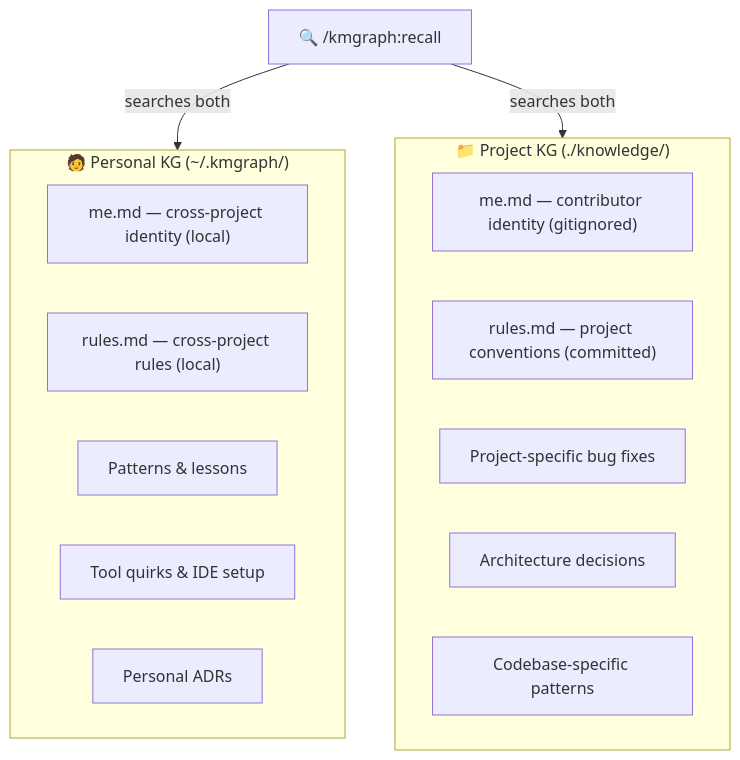
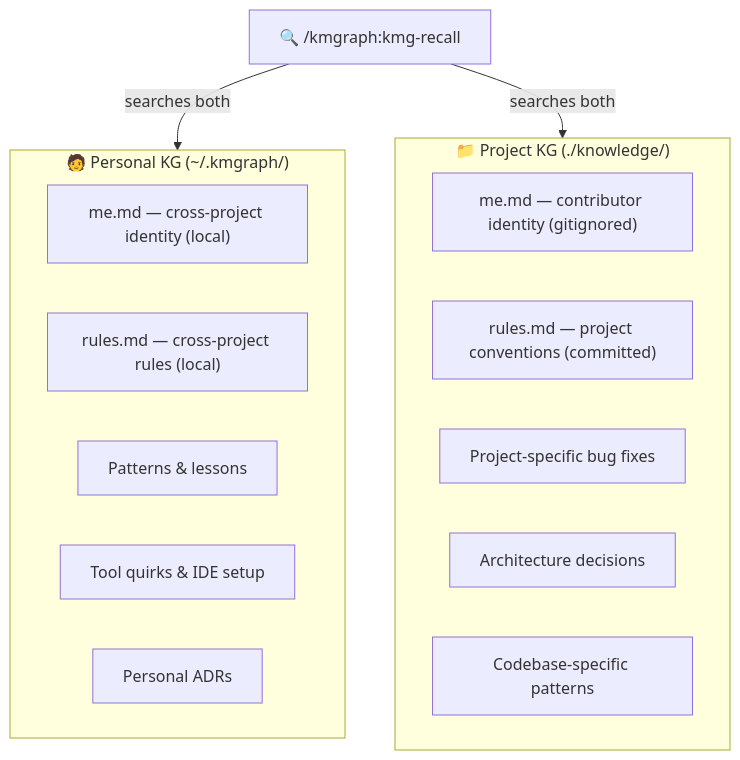
The diagram in docs/pillars/organizing/personal-vs-project.md (technomensch/knowledge-graph), drawn with Mermaid before and after one commit. The commit also changed other lines of this file and 58 other files, not shown here.

````diff
--- a/docs/pillars/organizing/personal-vs-project.md
+++ b/docs/pillars/organizing/personal-vs-project.md
@@ -72,23 +72,23 @@
 ```mermaid
 graph TB
     subgraph Personal ["🧑 Personal KG (~/.kmgraph/)"]
         PM["me.md — cross-project identity (local)"]
         PR["rules.md — cross-project rules (local)"]
         P1["Patterns & lessons"]
         P2["Tool quirks & IDE setup"]
         P3["Personal ADRs"]
     end
 
     subgraph Project ["📁 Project KG (./knowledge/)"]
         PJM["me.md — contributor identity (gitignored)"]
         PJR["rules.md — project conventions (committed)"]
         PJ1["Project-specific bug fixes"]
         PJ2["Architecture decisions"]
         PJ3["Codebase-specific patterns"]
     end
 
-    Recall["🔍 /kmgraph:recall"]
+    Recall["🔍 /kmgraph:kmg-recall"]
     Recall -->|searches both| Personal
     Recall -->|searches both| Project
 
 ```
````
